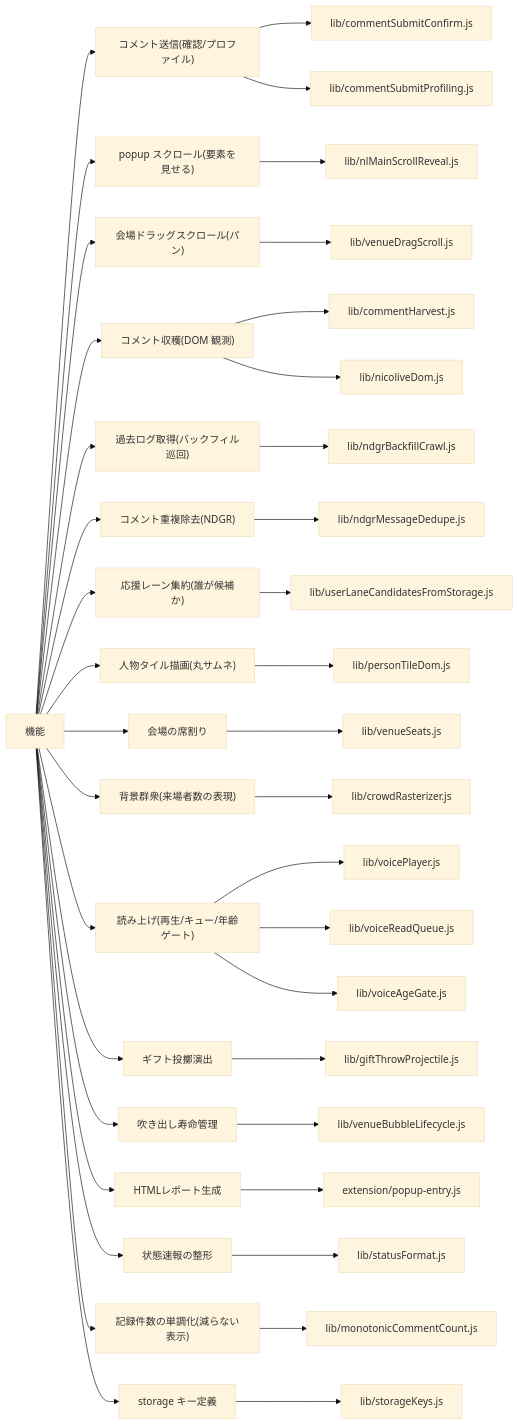
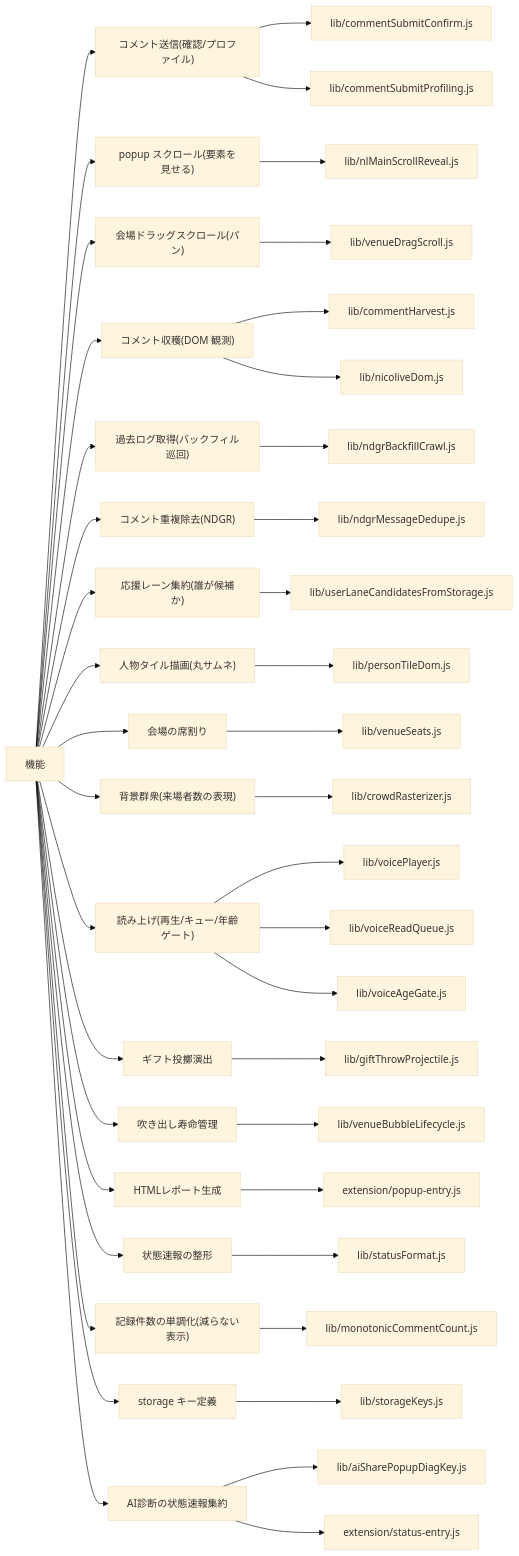
One commit to kimito-link/tsuioku-no-kirameki.com changed the second of 2 diagrams in docs/repo-tree-map.md. Above: the diagram before and after it, drawn with Mermaid (base theme). The commit also changed other lines of this file and 8 other files, not shown here.

First line of the commit message:
feat(status): popup 固有診断を status の AI共有まとめへ集約(第2・status.html で全部わかる) v0.1.822

````diff
--- a/docs/repo-tree-map.md
+++ b/docs/repo-tree-map.md
@@ -61,42 +61,45 @@
 ```mermaid
 graph LR
   HUB["機能"]
   HUB --> f0["コメント送信(確認/プロファイル)"]
   f0 --> f0_0["lib/commentSubmitConfirm.js"]
   f0 --> f0_1["lib/commentSubmitProfiling.js"]
   HUB --> f1["popup スクロール(要素を見せる)"]
   f1 --> f1_0["lib/nlMainScrollReveal.js"]
   HUB --> f2["会場ドラッグスクロール(パン)"]
   f2 --> f2_0["lib/venueDragScroll.js"]
   HUB --> f3["コメント収穫(DOM 観測)"]
   f3 --> f3_0["lib/commentHarvest.js"]
   f3 --> f3_1["lib/nicoliveDom.js"]
   HUB --> f4["過去ログ取得(バックフィル巡回)"]
   f4 --> f4_0["lib/ndgrBackfillCrawl.js"]
   HUB --> f5["コメント重複除去(NDGR)"]
   f5 --> f5_0["lib/ndgrMessageDedupe.js"]
   HUB --> f6["応援レーン集約(誰が候補か)"]
   f6 --> f6_0["lib/userLaneCandidatesFromStorage.js"]
   HUB --> f7["人物タイル描画(丸サムネ)"]
   f7 --> f7_0["lib/personTileDom.js"]
   HUB --> f8["会場の席割り"]
   f8 --> f8_0["lib/venueSeats.js"]
   HUB --> f9["背景群衆(来場者数の表現)"]
   f9 --> f9_0["lib/crowdRasterizer.js"]
   HUB --> f10["読み上げ(再生/キュー/年齢ゲート)"]
   f10 --> f10_0["lib/voicePlayer.js"]
   f10 --> f10_1["lib/voiceReadQueue.js"]
   f10 --> f10_2["lib/voiceAgeGate.js"]
   HUB --> f11["ギフト投擲演出"]
   f11 --> f11_0["lib/giftThrowProjectile.js"]
   HUB --> f12["吹き出し寿命管理"]
   f12 --> f12_0["lib/venueBubbleLifecycle.js"]
   HUB --> f13["HTMLレポート生成"]
   f13 --> f13_0["extension/popup-entry.js"]
   HUB --> f14["状態速報の整形"]
   f14 --> f14_0["lib/statusFormat.js"]
   HUB --> f15["記録件数の単調化(減らない表示)"]
   f15 --> f15_0["lib/monotonicCommentCount.js"]
   HUB --> f16["storage キー定義"]
   f16 --> f16_0["lib/storageKeys.js"]
+  HUB --> f17["AI診断の状態速報集約"]
+  f17 --> f17_0["lib/aiSharePopupDiagKey.js"]
+  f17 --> f17_1["extension/status-entry.js"]
 ```
````
